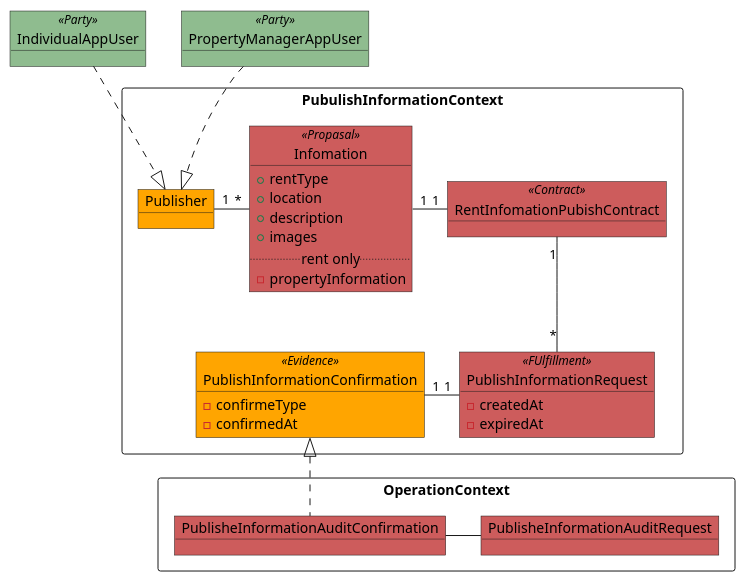
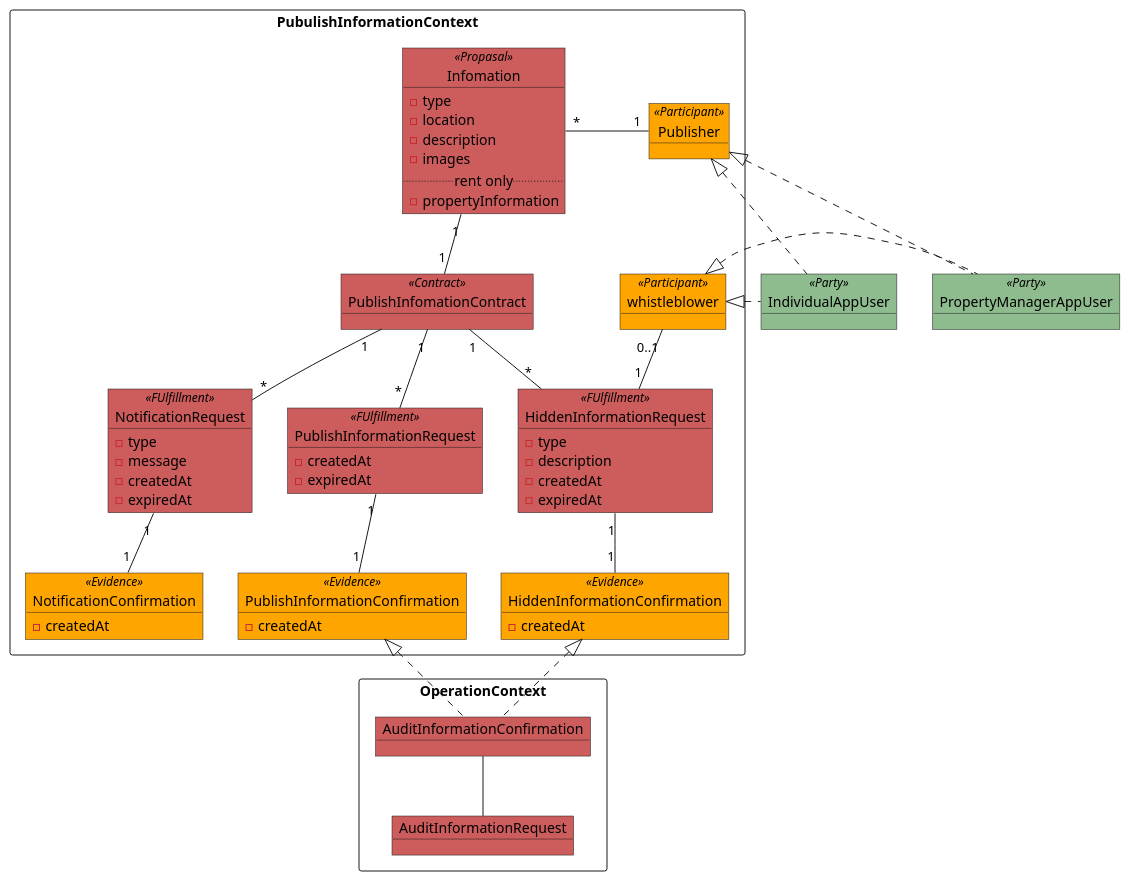
One commit to scglwsj/seele changed the second of 3 diagrams in 8x/thought_tenement.puml. Above: the diagram before and after it, drawn with PlantUML. The commit also changed other lines of this file, not shown here.

Commit message:
version 4

```diff
--- a/8x/thought_tenement.puml
+++ b/8x/thought_tenement.puml
@@ -94,42 +110,74 @@
-@startuml pubish_infomation
+@startuml Publish_infomation
 package PubulishInformationContext <<Rectangle>> {
+  object PublishInfomationContract <<Contract>> #IndianRed
+  object Publisher <<Participant>> #Orange
+  object whistleblower <<Participant>> #Orange
+
   object Infomation <<Propasal>> #IndianRed {
-    + rentType
-    + location
-    + description
-    + images
+    - type
+    - location
+    - description
+    - images
     .. rent only ..
     - propertyInformation
+  }
+
+  object NotificationRequest <<FUlfillment>> #IndianRed {
+    - type
+    - message
+    - createdAt
+    - expiredAt
+  }
+
+  object NotificationConfirmation <<Evidence>> #Orange {
+    - createdAt
+  }
+
+  object HiddenInformationRequest <<FUlfillment>> #IndianRed {
+    - type
+    - description
+    - createdAt
+    - expiredAt
+  }
+
+  object HiddenInformationConfirmation <<Evidence>> #Orange {
+    - createdAt
   }
 
   object PublishInformationRequest <<FUlfillment>> #IndianRed {
     - createdAt
     - expiredAt
   }
+
   object PublishInformationConfirmation <<Evidence>> #Orange {
-    - confirmeType
-    - confirmedAt
+    - createdAt
   }
 
-  object RentInfomationPubishContract <<Contract>> #IndianRed
-  object Publisher #Orange
-
-  Infomation "1" -right- "1" RentInfomationPubishContract
-  Infomation "*" -left- "1"  Publisher
-  RentInfomationPubishContract "1" -down- "*" PublishInformationRequest
-  PublishInformationConfirmation "1" -right- "1" PublishInformationRequest
+  Publisher "1" -left- "*"  Infomation
+  whistleblower "0..1" -- "1"  HiddenInformationRequest
+  Infomation "1" -- "1" PublishInfomationContract
+  PublishInfomationContract "1" -- "*" HiddenInformationRequest
+  HiddenInformationRequest "1" -- "1" HiddenInformationConfirmation
+  HiddenInformationRequest -left[hidden]- PublishInformationRequest
+  NotificationRequest -right[hidden]- PublishInformationRequest
+  PublishInfomationContract "1" -- "*" PublishInformationRequest
+  PublishInformationRequest "1" -- "1" PublishInformationConfirmation
+  PublishInfomationContract "1" -- "*" NotificationRequest
+  NotificationRequest "1" -- "1" NotificationConfirmation
 }
 package OperationContext <<Rectangle>> {
-  object PublisheInformationAuditRequest #IndianRed
-  object PublisheInformationAuditConfirmation #IndianRed
-  PublisheInformationAuditConfirmation -right- PublisheInformationAuditRequest
-
+  object AuditInformationRequest #IndianRed
+  object AuditInformationConfirmation #IndianRed
+  AuditInformationConfirmation -- AuditInformationRequest
 }
 
 object IndividualAppUser <<Party>> #DarkSeaGreen
 object PropertyManagerAppUser <<Party>> #DarkSeaGreen
 
-PublishInformationConfirmation ^.. PublisheInformationAuditConfirmation
-IndividualAppUser ..^ Publisher
-PropertyManagerAppUser ..^ Publisher
+IndividualAppUser .left.^ Publisher
+PropertyManagerAppUser .left.^ Publisher
+IndividualAppUser .left.^ whistleblower
+PropertyManagerAppUser .left.^ whistleblower
+HiddenInformationConfirmation ^.. AuditInformationConfirmation
+PublishInformationConfirmation ^.. AuditInformationConfirmation
 @enduml
```
